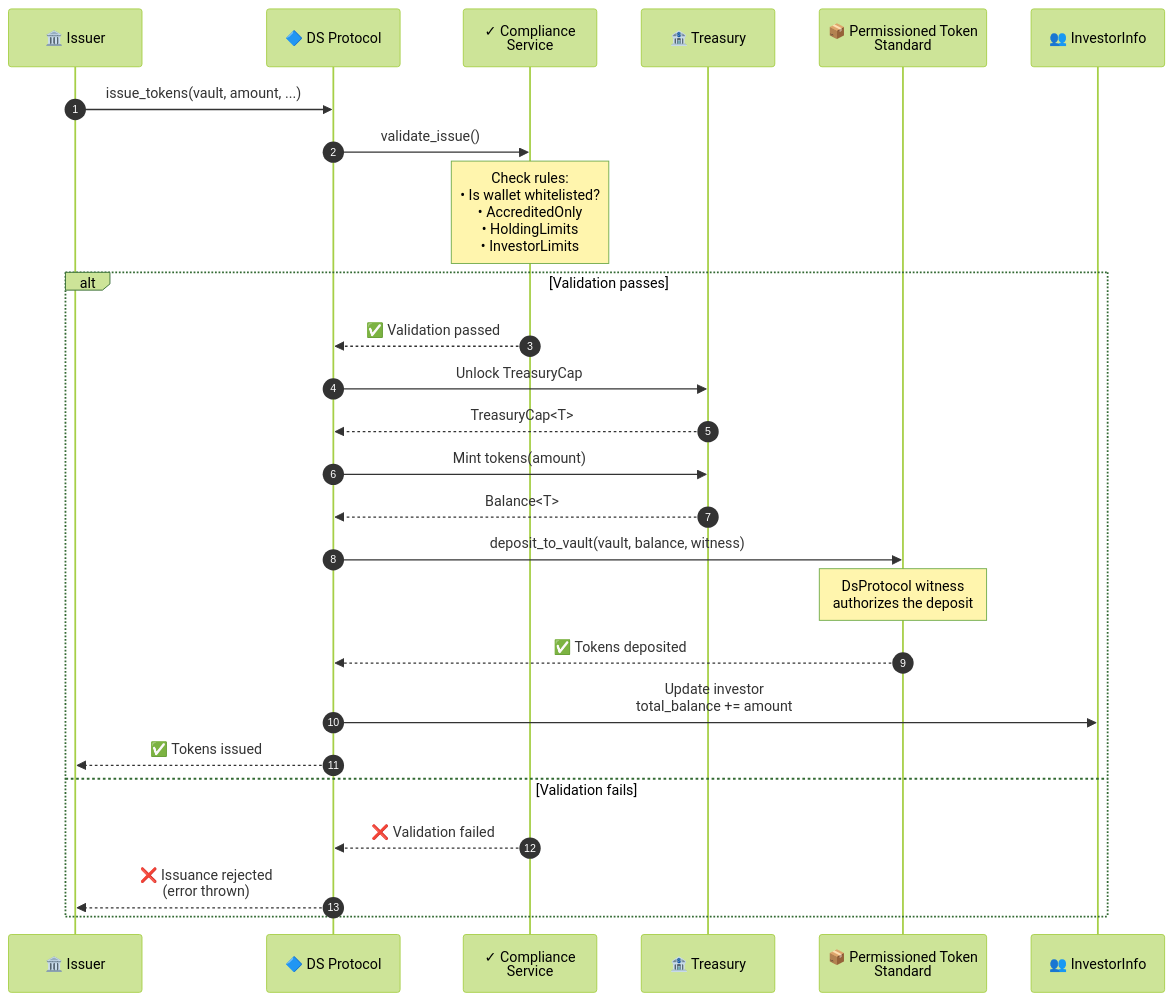
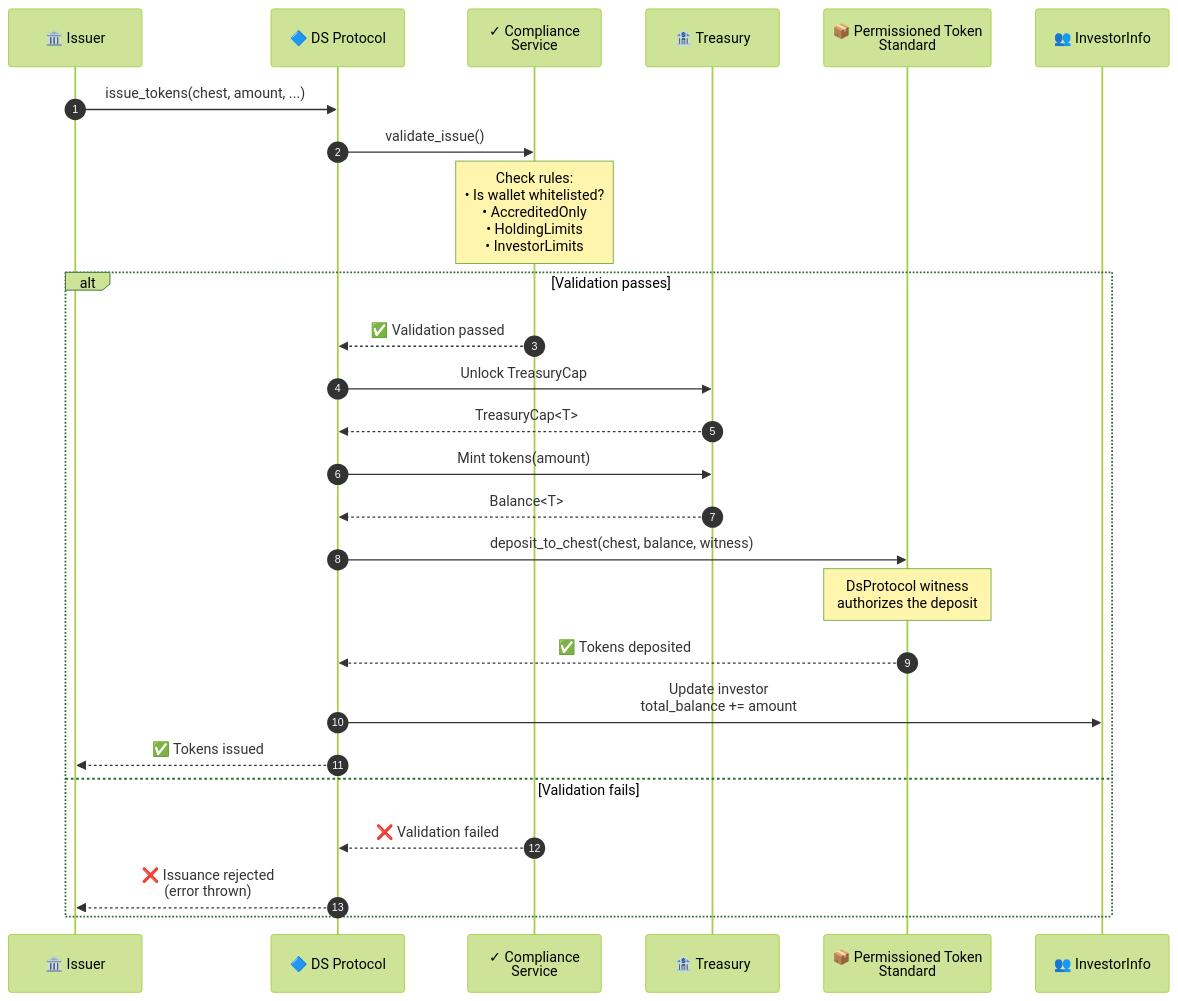
One commit to securitize-io/bc-sui-dstoken-sc changed the diagram in docs/issue-flow.md. Above: the diagram before and after it, drawn with Mermaid (forest theme). The commit also changed 15 other files, not shown here.

````diff
--- a/docs/issue-flow.md
+++ b/docs/issue-flow.md
@@ -3,37 +3,37 @@
 ```mermaid
 sequenceDiagram
     autonumber
     participant Issuer as 🏛️ Issuer
     participant DS as 🔷 DS Protocol
     participant Compliance as ✓ Compliance<br/>Service
     participant Treasury as 🏦 Treasury
     participant PTS as 📦 Permissioned Token<br/>Standard
     participant Registry as 👥 InvestorInfo
 
-    Issuer->>DS: issue_tokens(vault, amount, ...)
+    Issuer->>DS: issue_tokens(chest, amount, ...)
 
     DS->>Compliance: validate_issue()
 
     Note over Compliance: Check rules:<br/>• Is wallet whitelisted?<br/>• AccreditedOnly<br/>• HoldingLimits<br/>• InvestorLimits
 
     alt Validation passes
         Compliance-->>DS: ✅ Validation passed
 
         DS->>Treasury: Unlock TreasuryCap
         Treasury-->>DS: TreasuryCap<T>
 
         DS->>Treasury: Mint tokens(amount)
         Treasury-->>DS: Balance<T>
 
-        DS->>PTS: deposit_to_vault(vault, balance, witness)
+        DS->>PTS: deposit_to_chest(chest, balance, witness)
         Note over PTS: DsProtocol witness<br/>authorizes the deposit
         PTS-->>DS: ✅ Tokens deposited
 
         DS->>Registry: Update investor<br/>total_balance += amount
 
         DS-->>Issuer: ✅ Tokens issued
     else Validation fails
         Compliance-->>DS: ❌ Validation failed
         DS-->>Issuer: ❌ Issuance rejected<br/>(error thrown)
     end
 ```
````
